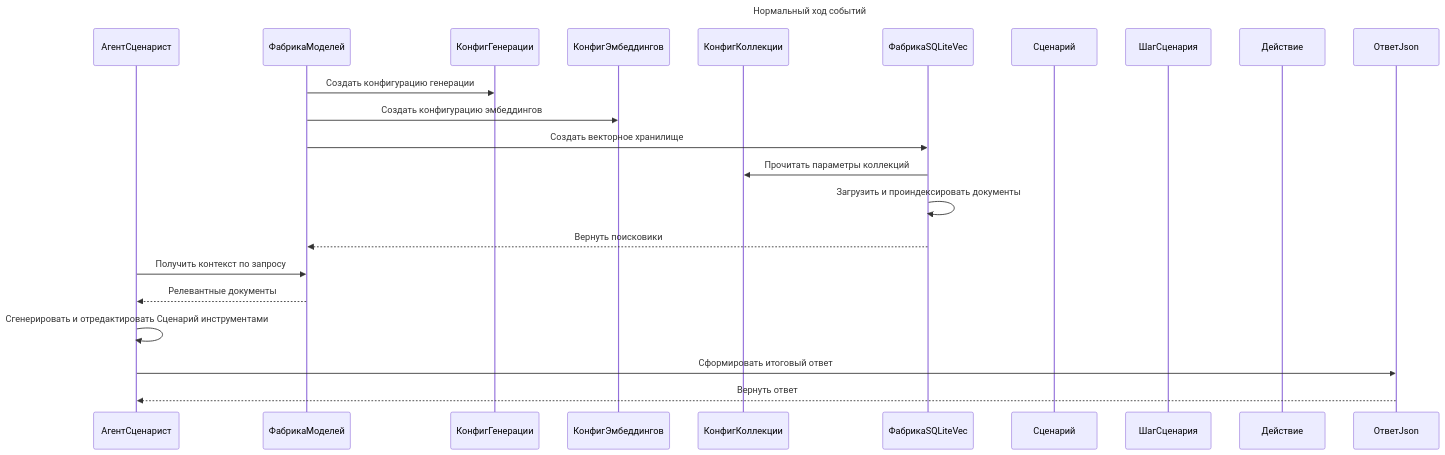
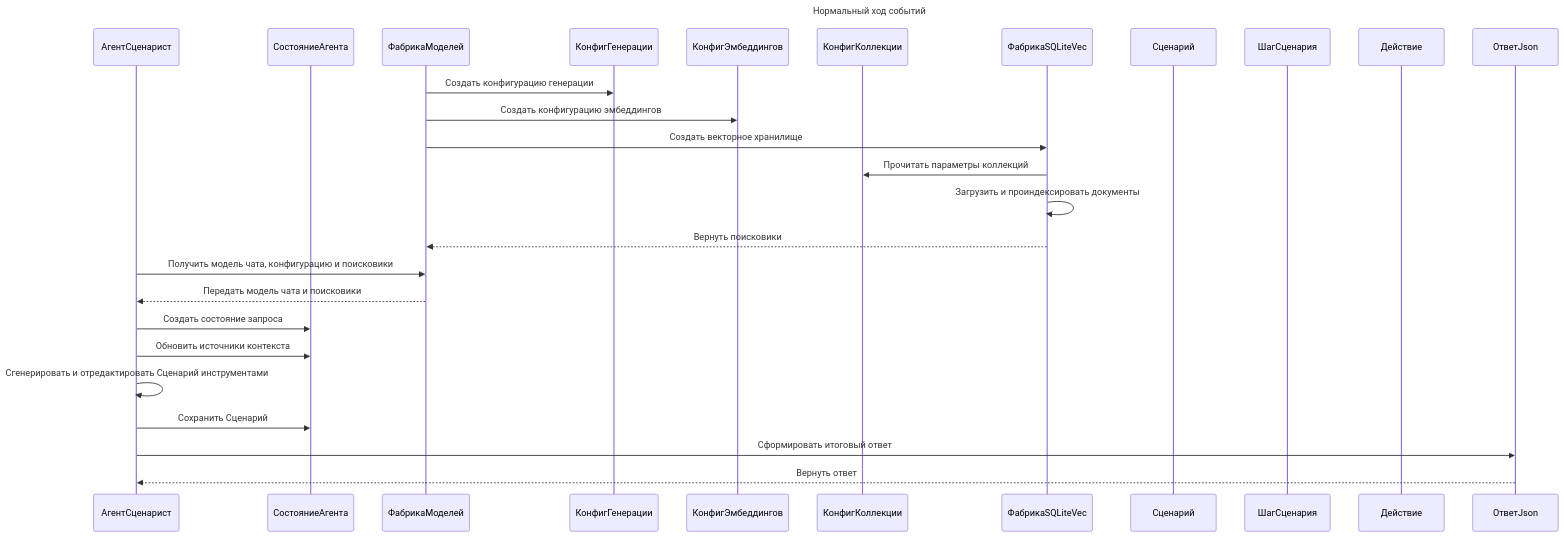
Before and after one commit to CHSU-scenarAIst/diagrammy: the first of 3 diagrams in Пакет Обработка эмбеддингов/2. Диаграмма последовательностей взаимодействия объектов классов пакета.md, drawn with Mermaid. The commit also changed other lines of this file and 13 other files, not shown here.

````diff
--- a/Пакет Обработка эмбеддингов/2. Диаграмма последовательностей взаимодействия объектов классов пакета.md
+++ b/Пакет Обработка эмбеддингов/2. Диаграмма последовательностей взаимодействия объектов классов пакета.md
@@ -16,28 +15,32 @@
 ```mermaid
 ---
 title: Нормальный ход событий
 ---
 sequenceDiagram
     participant АгентСценарист
+    participant СостояниеАгента
     participant ФабрикаМоделей
     participant КонфигГенерации
     participant КонфигЭмбеддингов
     participant КонфигКоллекции
     participant ФабрикаSQLiteVec
     participant Сценарий
     participant ШагСценария
     participant Действие
     participant ОтветJson
 
     ФабрикаМоделей->>КонфигГенерации: Создать конфигурацию генерации
     ФабрикаМоделей->>КонфигЭмбеддингов: Создать конфигурацию эмбеддингов
     ФабрикаМоделей->>ФабрикаSQLiteVec: Создать векторное хранилище
     ФабрикаSQLiteVec->>КонфигКоллекции: Прочитать параметры коллекций
     ФабрикаSQLiteVec->>ФабрикаSQLiteVec: Загрузить и проиндексировать документы
     ФабрикаSQLiteVec-->>ФабрикаМоделей: Вернуть поисковики
-    АгентСценарист->>ФабрикаМоделей: Получить контекст по запросу
-    ФабрикаМоделей-->>АгентСценарист: Релевантные документы
+    АгентСценарист->>ФабрикаМоделей: Получить модель чата, конфигурацию и поисковики
+    ФабрикаМоделей-->>АгентСценарист: Передать модель чата и поисковики
+    АгентСценарист->>СостояниеАгента: Создать состояние запроса
+    АгентСценарист->>СостояниеАгента: Обновить источники контекста
     АгентСценарист->>АгентСценарист: Сгенерировать и отредактировать Сценарий инструментами
+    АгентСценарист->>СостояниеАгента: Сохранить Сценарий
     АгентСценарист->>ОтветJson: Сформировать итоговый ответ
     ОтветJson-->>АгентСценарист: Вернуть ответ
 ```
````
